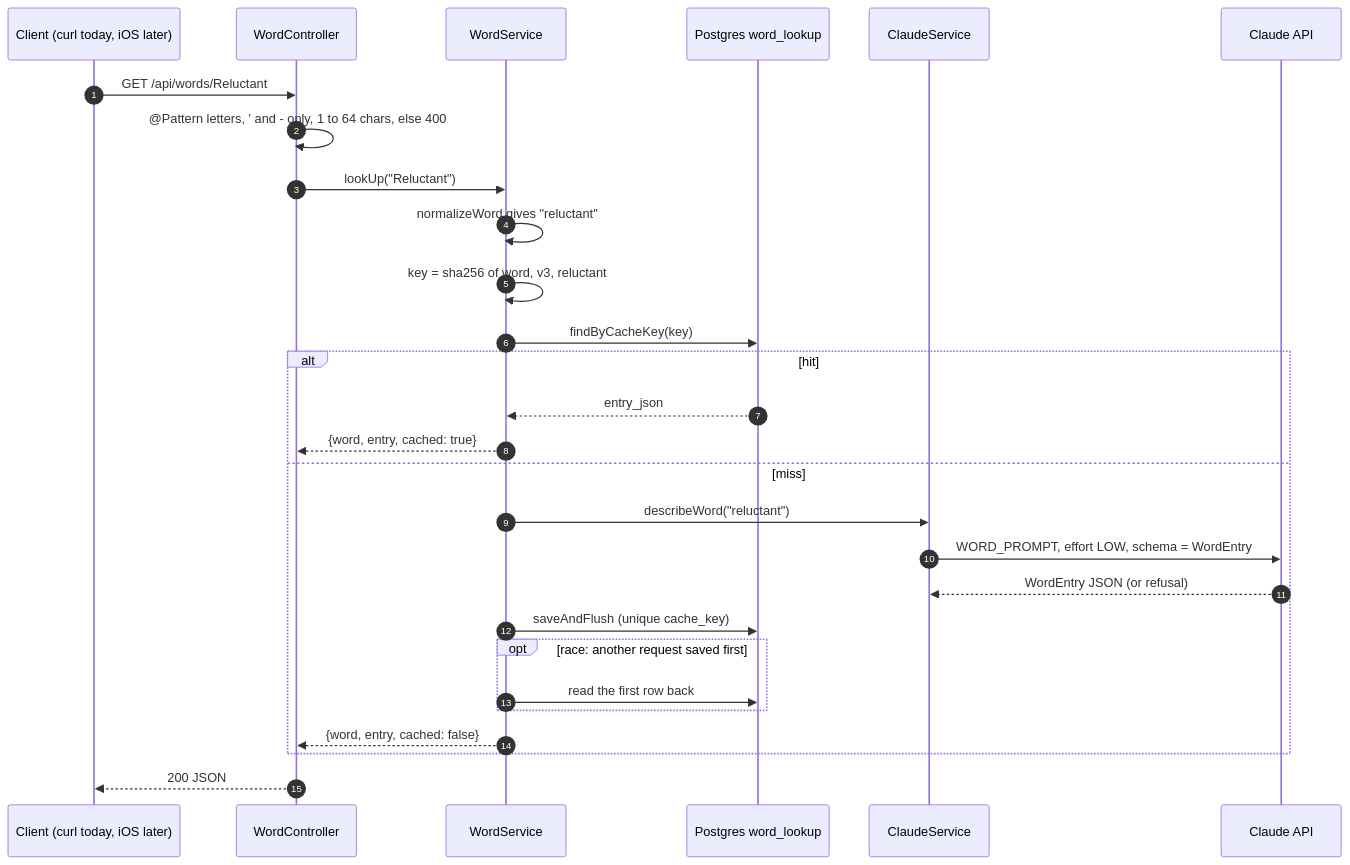
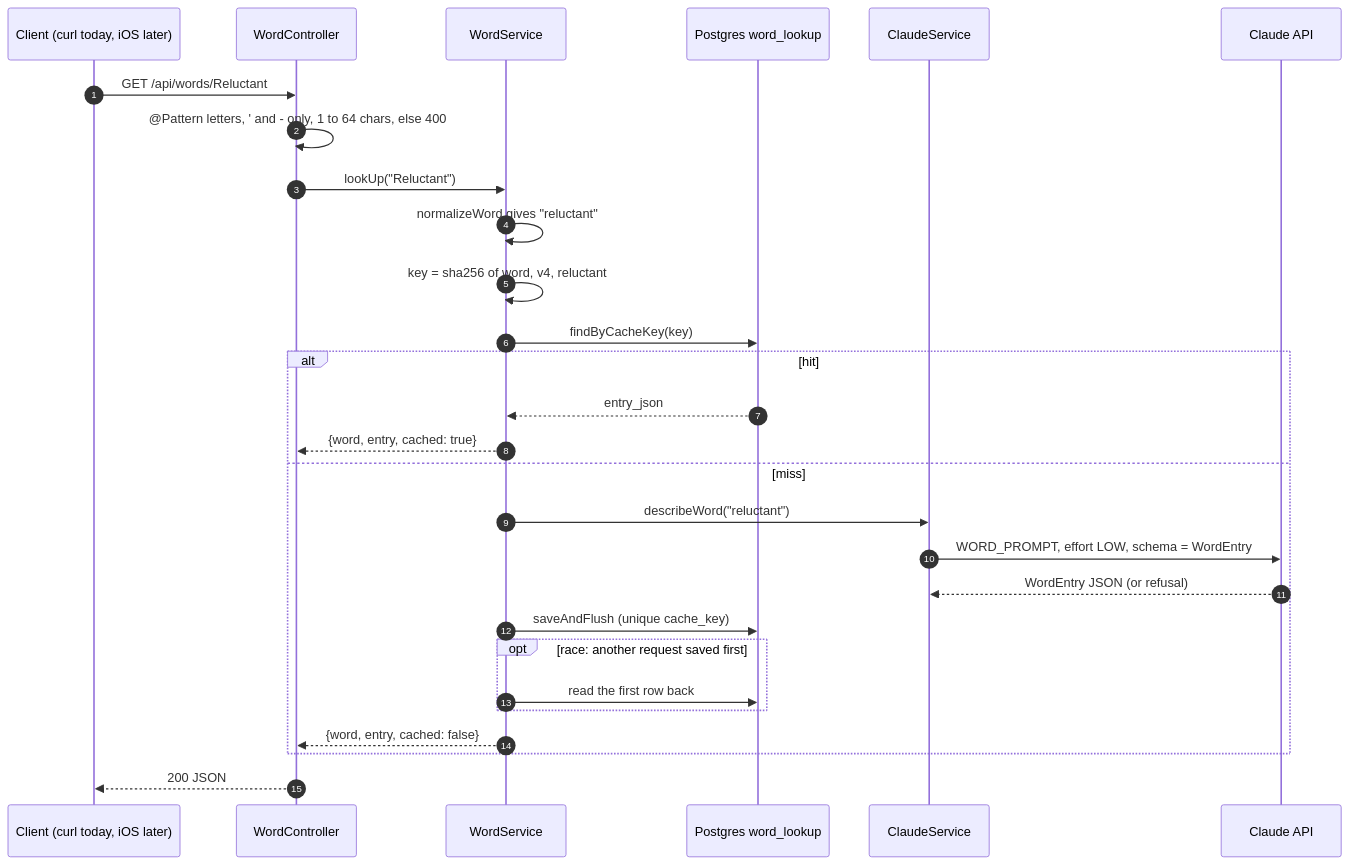
One commit to tranphuocloc070699/saynata changed the second of 2 diagrams in backlog/docs/features/doc-5 - Word-lookup.md. Above: the diagram before and after it, drawn with Mermaid. The commit also changed other lines of this file and 5 other files, not shown here.

````diff
--- a/backlog/docs/features/doc-5 - Word-lookup.md
+++ b/backlog/docs/features/doc-5 - Word-lookup.md
@@ -41,31 +41,31 @@
 ```mermaid
 sequenceDiagram
     autonumber
     participant App as Client (curl today, iOS later)
     participant WC as WordController
     participant WS as WordService
     participant DB as Postgres word_lookup
     participant CS as ClaudeService
     participant CL as Claude API
 
     App->>WC: GET /api/words/Reluctant
     WC->>WC: @Pattern letters, ' and - only, 1 to 64 chars, else 400
     WC->>WS: lookUp("Reluctant")
     WS->>WS: normalizeWord gives "reluctant"
-    WS->>WS: key = sha256 of word, v3, reluctant
+    WS->>WS: key = sha256 of word, v4, reluctant
     WS->>DB: findByCacheKey(key)
     alt hit
         DB-->>WS: entry_json
         WS-->>WC: {word, entry, cached: true}
     else miss
         WS->>CS: describeWord("reluctant")
         CS->>CL: WORD_PROMPT, effort LOW, schema = WordEntry
         CL-->>CS: WordEntry JSON (or refusal)
         WS->>DB: saveAndFlush (unique cache_key)
         opt race: another request saved first
             WS->>DB: read the first row back
         end
         WS-->>WC: {word, entry, cached: false}
     end
     WC-->>App: 200 JSON
 ```
````
